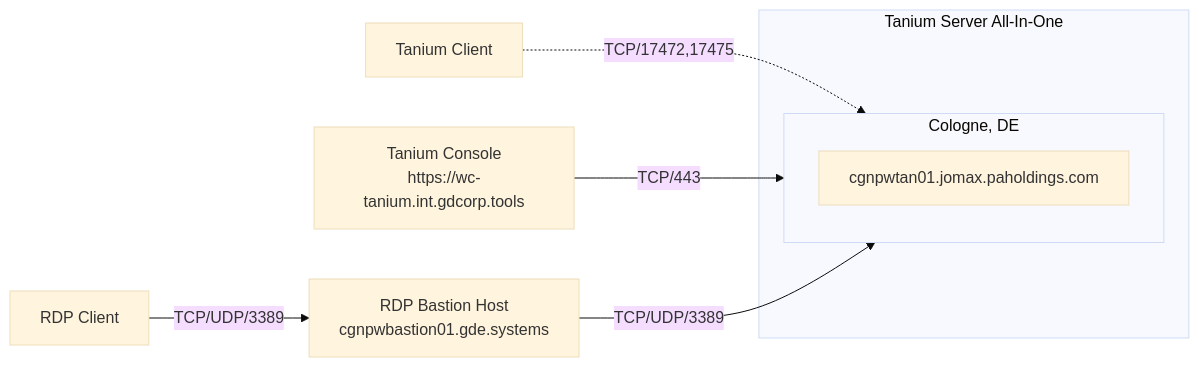
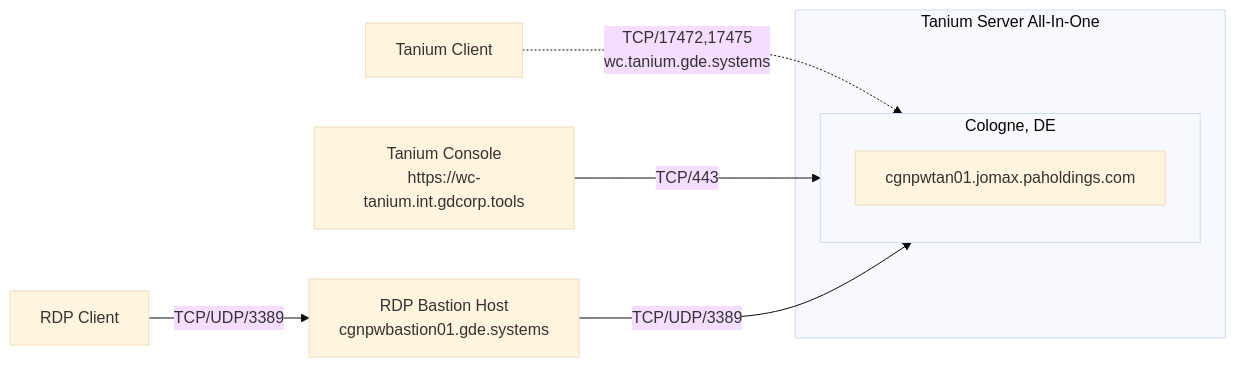
The diagram in docs/diagrams/src/tanium-architecture-prod-emea.mmd (gdsec-test/tsa-tanium-config), drawn with Mermaid (base theme) before and after one commit.

Commit message:
Added Tanium Server Name label

```diff
--- a/docs/diagrams/src/tanium-architecture-prod-emea.mmd
+++ b/docs/diagrams/src/tanium-architecture-prod-emea.mmd
@@ -1,30 +1,30 @@
 flowchart LR
     %% Define nodes and subgraphs
     subgraph TS["Tanium Server All-In-One"]
         subgraph TS_CGN["Cologne, DE"]
             TS_CGN_1["cgnpwtan01.jomax.paholdings.com"]
         end
     end
     
     %% Define nodes not part of a subgraph
     %% Title("Tanium Production EMEA (Works Council)"):::StyleGoDaddyProdEMEA
     TaniumClient["Tanium Client"]
     TaniumConsole["Tanium Console<br/>https://wc-tanium.int.gdcorp.tools"]
     RDPBastion["RDP Bastion Host<br/>cgnpwbastion01.gde.systems"]
     RDPClient["RDP Client"]
 
     %% Define relationships
-    TaniumClient -.->|"TCP/17472,17475"| TS_CGN
+    TaniumClient -.->|"TCP/17472,17475<br/>wc.tanium.gde.systems"| TS_CGN
     TaniumConsole -->|"TCP/443"| TS_CGN
     RDPClient -->|"TCP/UDP/3389"| RDPBastion -->|"TCP/UDP/3389"| TS_CGN
 
     %% Add hyperlinks
     click TaniumConsole "https://wc-tanium.int.gdcorp.tools" "Tanium Console (VPN Required)"
 
     %% Define styles
     classDef StyleGoDaddyProd fill:#E22726,color:#000000,stroke:#FFFFFF,stroke-width:1px;
     classDef StyleGoDaddyProdEMEA fill:#FED317,color:#2F1C4C,stroke:#FADCD9,stroke-width:1px;
     classDef StyleGoDaddyDev fill:#00782E,color:#D8EFEF,stroke:#FFEEA9,stroke-width:1px;
     
     %% Assign styles
     %%class Title StyleGoDaddyProdEMEA;
```
